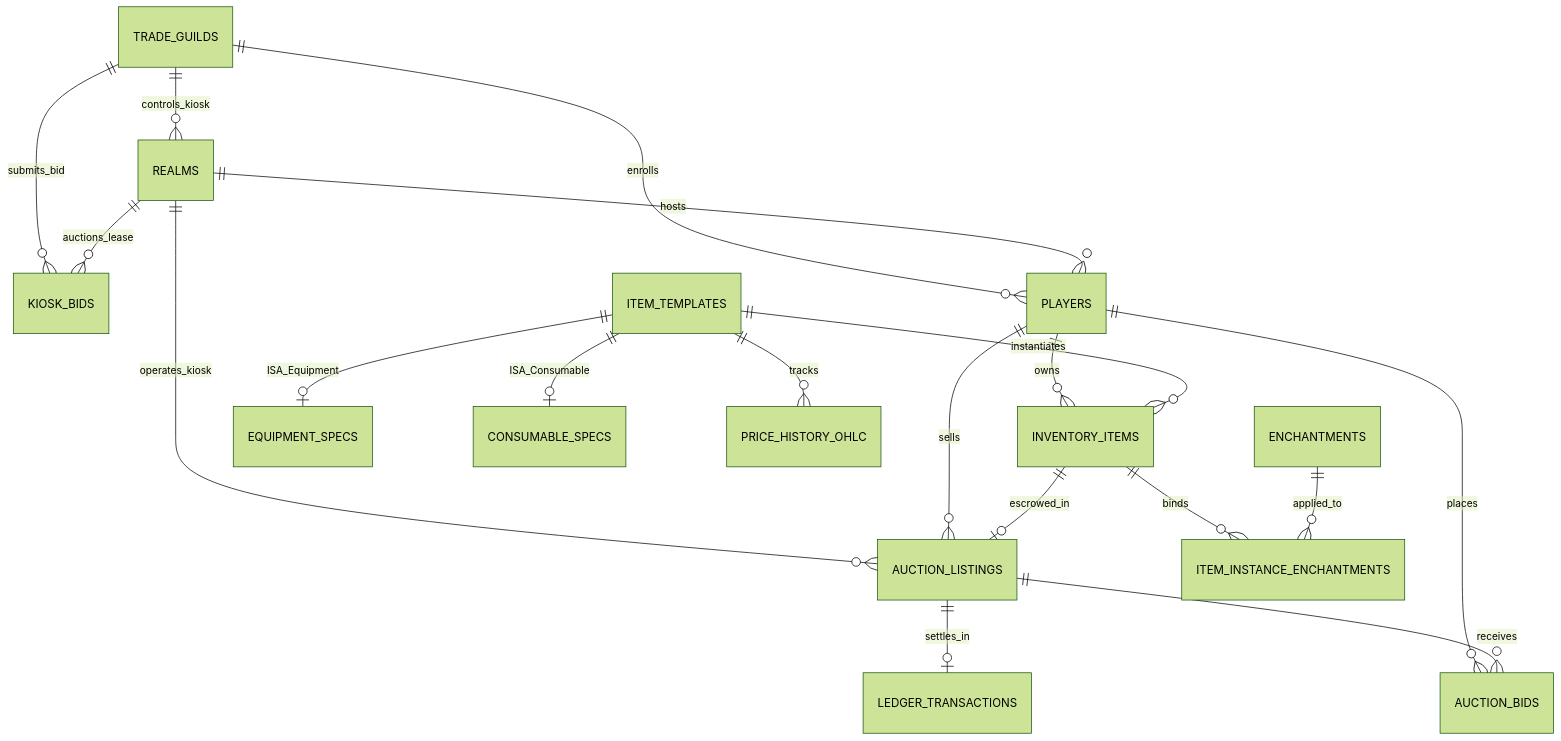
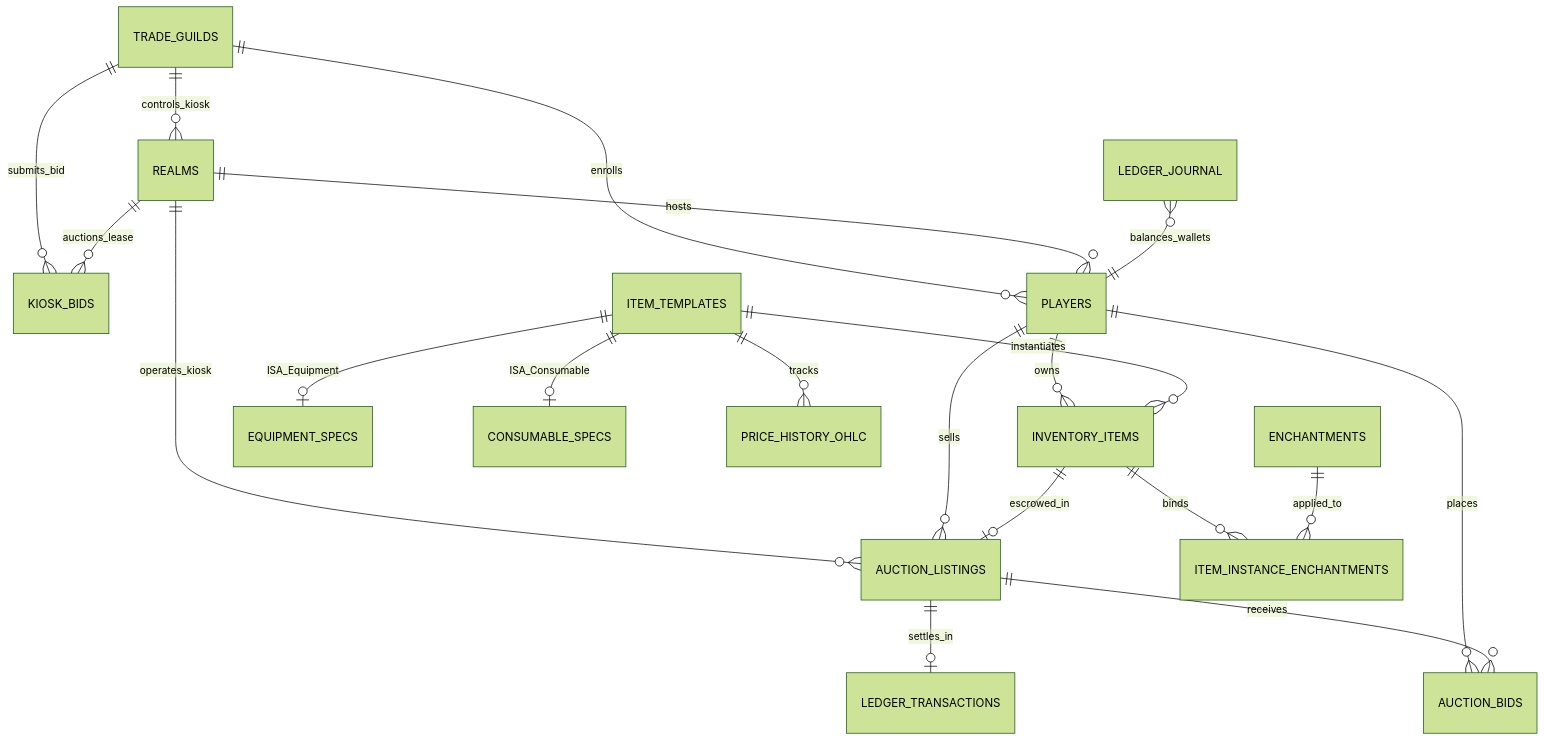
Before and after one commit to sebiny12p/Scrolls-of-Agora: the diagram in README.md, drawn with Mermaid (forest theme). The commit also changed other lines of this file and 20 other files, not shown here.

````diff
--- a/README.md
+++ b/README.md
@@ -39,25 +40,26 @@
 ```mermaid
 erDiagram
     TRADE_GUILDS ||--o{ REALMS : "controls_kiosk"
     TRADE_GUILDS ||--o{ KIOSK_BIDS : "submits_bid"
     TRADE_GUILDS ||--o{ PLAYERS : "enrolls"
     REALMS ||--o{ KIOSK_BIDS : "auctions_lease"
     REALMS ||--o{ PLAYERS : "hosts"
     REALMS ||--o{ AUCTION_LISTINGS : "operates_kiosk"
 
     PLAYERS ||--o{ INVENTORY_ITEMS : "owns"
     PLAYERS ||--o{ AUCTION_LISTINGS : "sells"
     PLAYERS ||--o{ AUCTION_BIDS : "places"
 
     ITEM_TEMPLATES ||--o| EQUIPMENT_SPECS : "ISA_Equipment"
     ITEM_TEMPLATES ||--o| CONSUMABLE_SPECS : "ISA_Consumable"
     ITEM_TEMPLATES ||--o{ INVENTORY_ITEMS : "instantiates"
     ITEM_TEMPLATES ||--o{ PRICE_HISTORY_OHLC : "tracks"
 
     INVENTORY_ITEMS ||--o{ ITEM_INSTANCE_ENCHANTMENTS : "binds"
     ENCHANTMENTS ||--o{ ITEM_INSTANCE_ENCHANTMENTS : "applied_to"
 
     INVENTORY_ITEMS ||--o| AUCTION_LISTINGS : "escrowed_in"
     AUCTION_LISTINGS ||--o{ AUCTION_BIDS : "receives"
     AUCTION_LISTINGS ||--o| LEDGER_TRANSACTIONS : "settles_in"
+    LEDGER_JOURNAL }o--|| PLAYERS : "balances_wallets"
 ```
````
